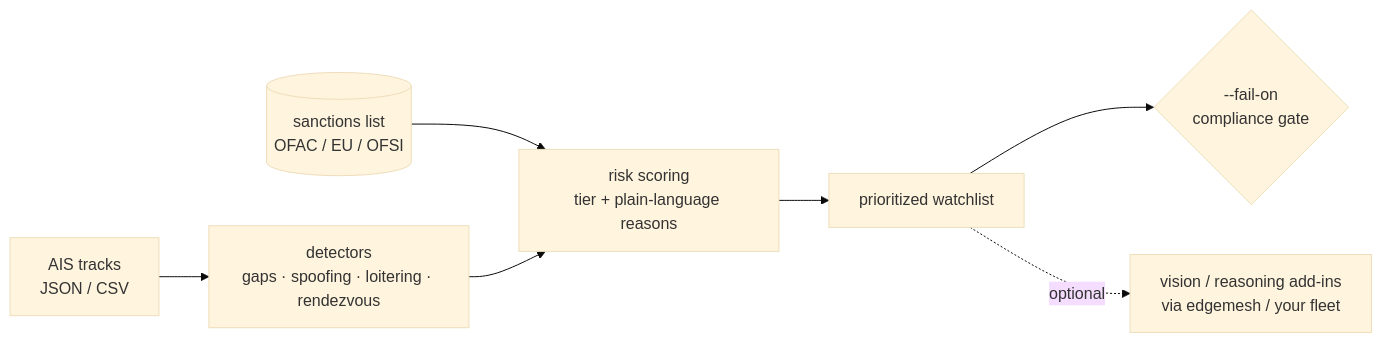
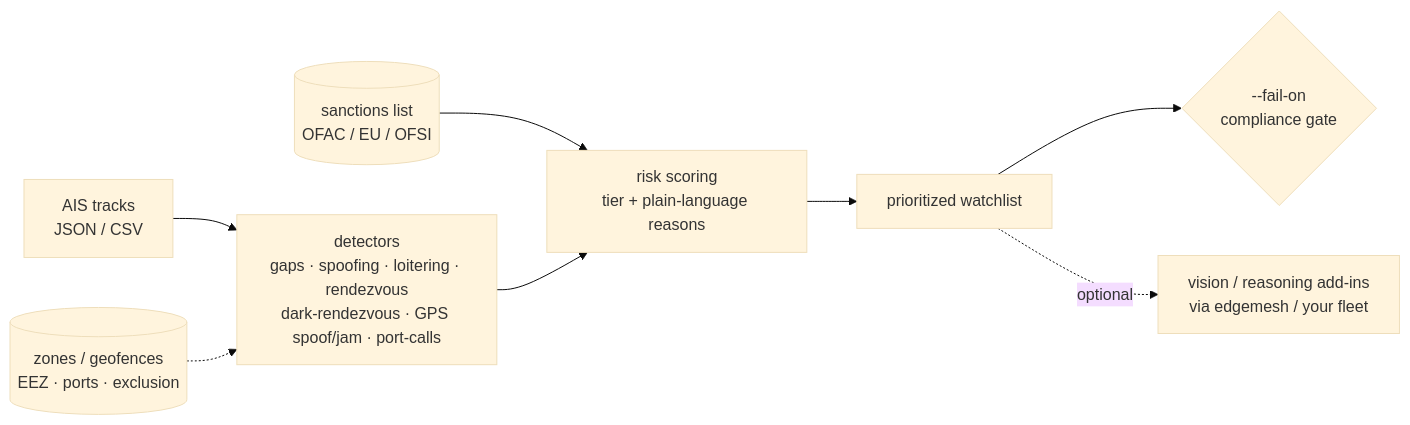
The diagram in README.md (cognis-digital/maritimeint), drawn with Mermaid (base theme) before and after one commit. The commit also changed 14 other files, not shown here.

Commit message:
feat(v0.8.0): zone intelligence, dark-rendezvous, GPS spoof/jam, port-call sequencing

````diff
--- a/README.md
+++ b/README.md
@@ -155,9 +155,10 @@
 ```mermaid
 flowchart LR
-  AIS[AIS tracks<br/>JSON / CSV] --> DET[detectors<br/>gaps · spoofing · loitering · rendezvous]
+  AIS[AIS tracks<br/>JSON / CSV] --> DET[detectors<br/>gaps · spoofing · loitering · rendezvous<br/>dark-rendezvous · GPS spoof/jam · port-calls]
+  ZONES[(zones / geofences<br/>EEZ · ports · exclusion)] -.-> DET
   SANC[(sanctions list<br/>OFAC / EU / OFSI)] --> SC
   DET --> SC[risk scoring<br/>tier + plain-language reasons]
   SC --> WL[prioritized watchlist]
   WL --> GATE{--fail-on<br/>compliance gate}
   WL -. optional .-> AI[vision / reasoning add-ins<br/>via edgemesh / your fleet]
 ```
````
